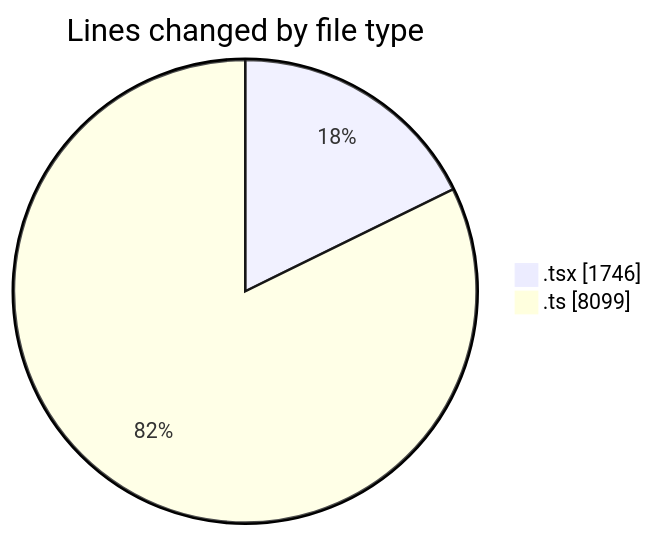
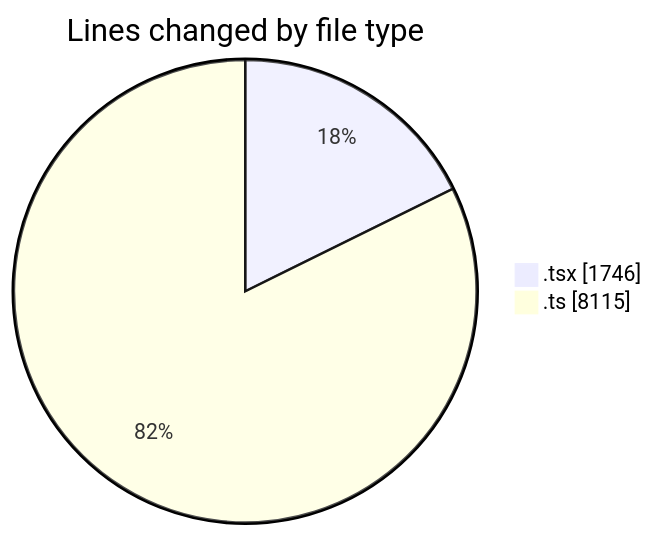
The first of 2 diagrams in 2025-07-09/cda/README.md (momahboobian/code-tracking), drawn with Mermaid before and after one commit. The commit also changed other lines of this file and 1 other file, not shown here.

````diff
--- a/2025-07-09/cda/README.md
+++ b/2025-07-09/cda/README.md
@@ -26,6 +26,6 @@
 ```mermaid
 pie showData
 title Lines changed by file type
 ".tsx" : 1746
-".ts" : 8099
+".ts" : 8115
 ```
````
